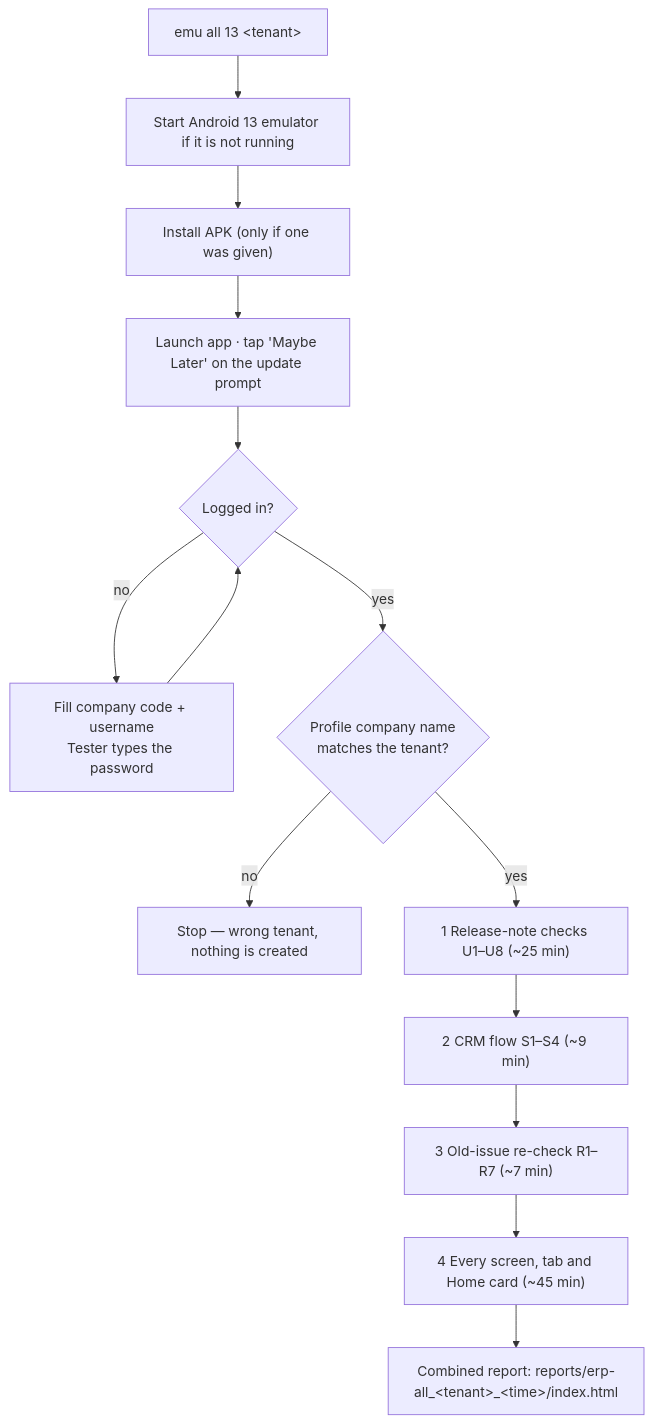
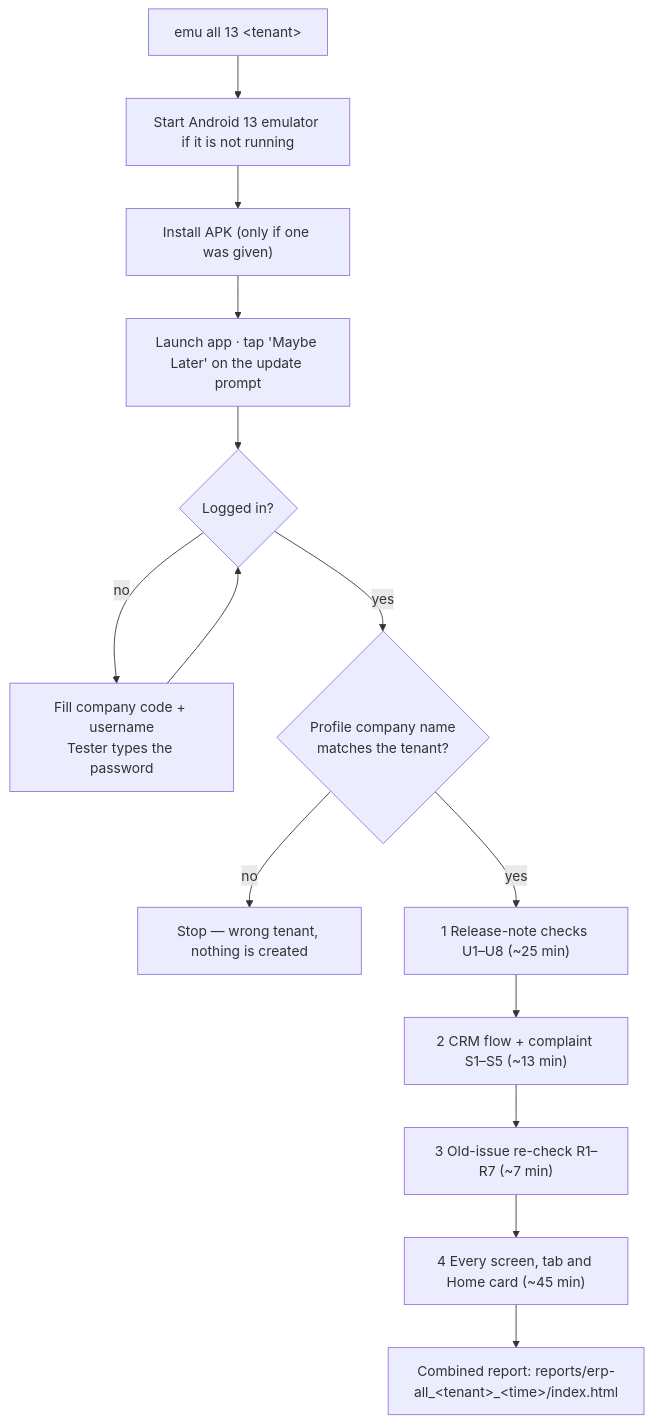
The first of 2 diagrams in mobile/docs/TEST-FLOW.md (vismayatk/Progbiz-erp-testers), drawn with Mermaid before and after one commit. The commit also changed other lines of this file and 6 other files, not shown here.

First line of the commit message:
Add complaint creation flow (S5) to the mobile emulator tests

````diff
--- a/mobile/docs/TEST-FLOW.md
+++ b/mobile/docs/TEST-FLOW.md
@@ -8,16 +8,16 @@
 ```mermaid
 flowchart TD
     A["emu all 13 &lt;tenant&gt;"] --> B["Start Android 13 emulator if it is not running"]
     B --> C["Install APK (only if one was given)"]
     C --> D["Launch app · tap 'Maybe Later' on the update prompt"]
     D --> E{"Logged in?"}
     E -- no --> F["Fill company code + username<br/>Tester types the password"]
     F --> E
     E -- yes --> G{"Profile company name<br/>matches the tenant?"}
     G -- no --> X["Stop — wrong tenant, nothing is created"]
     G -- yes --> H["1 Release-note checks U1–U8 (~25 min)"]
-    H --> I["2 CRM flow S1–S4 (~9 min)"]
+    H --> I["2 CRM flow + complaint S1–S5 (~13 min)"]
     I --> J["3 Old-issue re-check R1–R7 (~7 min)"]
     J --> K["4 Every screen, tab and Home card (~45 min)"]
     K --> L["Combined report: reports/erp-all_&lt;tenant&gt;_&lt;time&gt;/index.html"]
 ```
````
